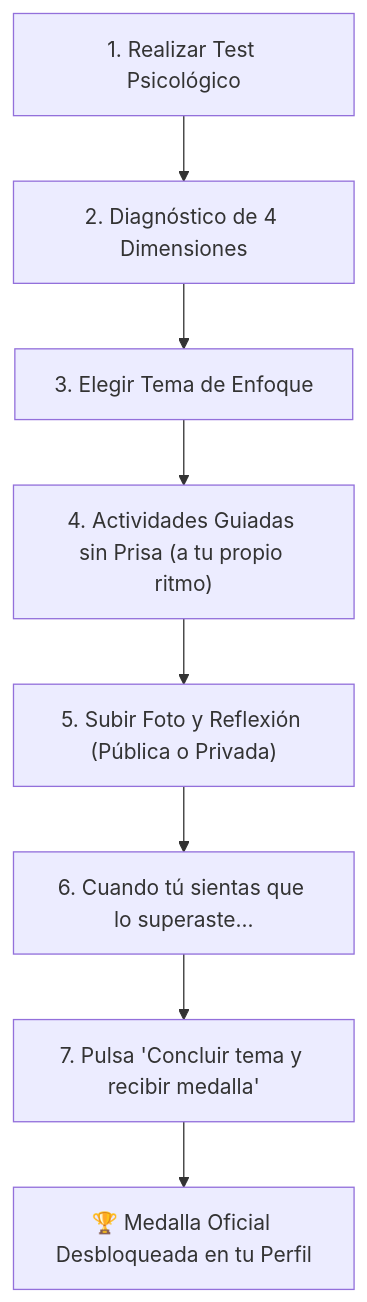
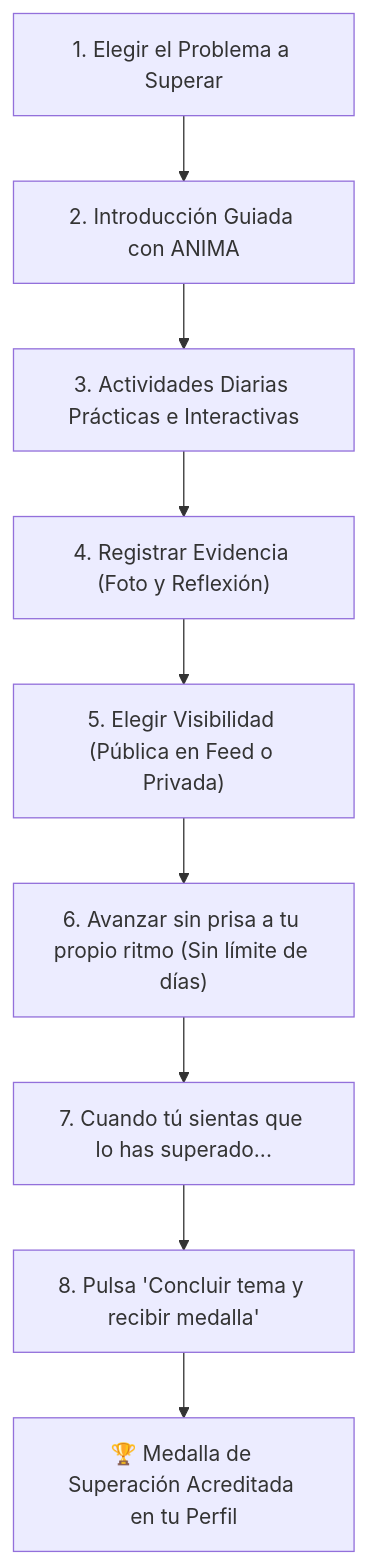
The fourth of 4 diagrams in MANUAL_DE_USUARIO.md (GuillermoMH10/ENTRE.NOSOTROS.COMUNITY), drawn with Mermaid before and after one commit. The commit also changed other lines of this file, not shown here.

Commit message:
docs: correct user manual replacing test with daily challenge activities and clarifying username-based identity without anonymous mode

````diff
--- a/MANUAL_DE_USUARIO.md
+++ b/MANUAL_DE_USUARIO.md
@@ -302,10 +252,11 @@
 ```mermaid
 flowchart TD
-    T1["1. Realizar Test Psicológico"] --> T2["2. Diagnóstico de 4 Dimensiones"]
-    T2 --> T3["3. Elegir Tema de Enfoque"]
-    T3 --> T4["4. Actividades Guiadas sin Prisa (a tu propio ritmo)"]
-    T4 --> T5["5. Subir Foto y Reflexión (Pública o Privada)"]
-    T5 --> T6["6. Cuando tú sientas que lo superaste..."]
-    T6 --> T7["7. Pulsa 'Concluir tema y recibir medalla'"]
-    T7 --> T8["🏆 Medalla Oficial Desbloqueada en tu Perfil"]
+    R1["1. Elegir el Problema a Superar"] --> R2["2. Introducción Guiada con ANIMA"]
+    R2 --> R3["3. Actividades Diarias Prácticas e Interactivas"]
+    R3 --> R4["4. Registrar Evidencia (Foto y Reflexión)"]
+    R4 --> R5["5. Elegir Visibilidad (Pública en Feed o Privada)"]
+    R5 --> R6["6. Avanzar sin prisa a tu propio ritmo (Sin límite de días)"]
+    R6 --> R7["7. Cuando tú sientas que lo has superado..."]
+    R7 --> R8["8. Pulsa 'Concluir tema y recibir medalla'"]
+    R8 --> R9["🏆 Medalla de Superación Acreditada en tu Perfil"]
 ```
````
